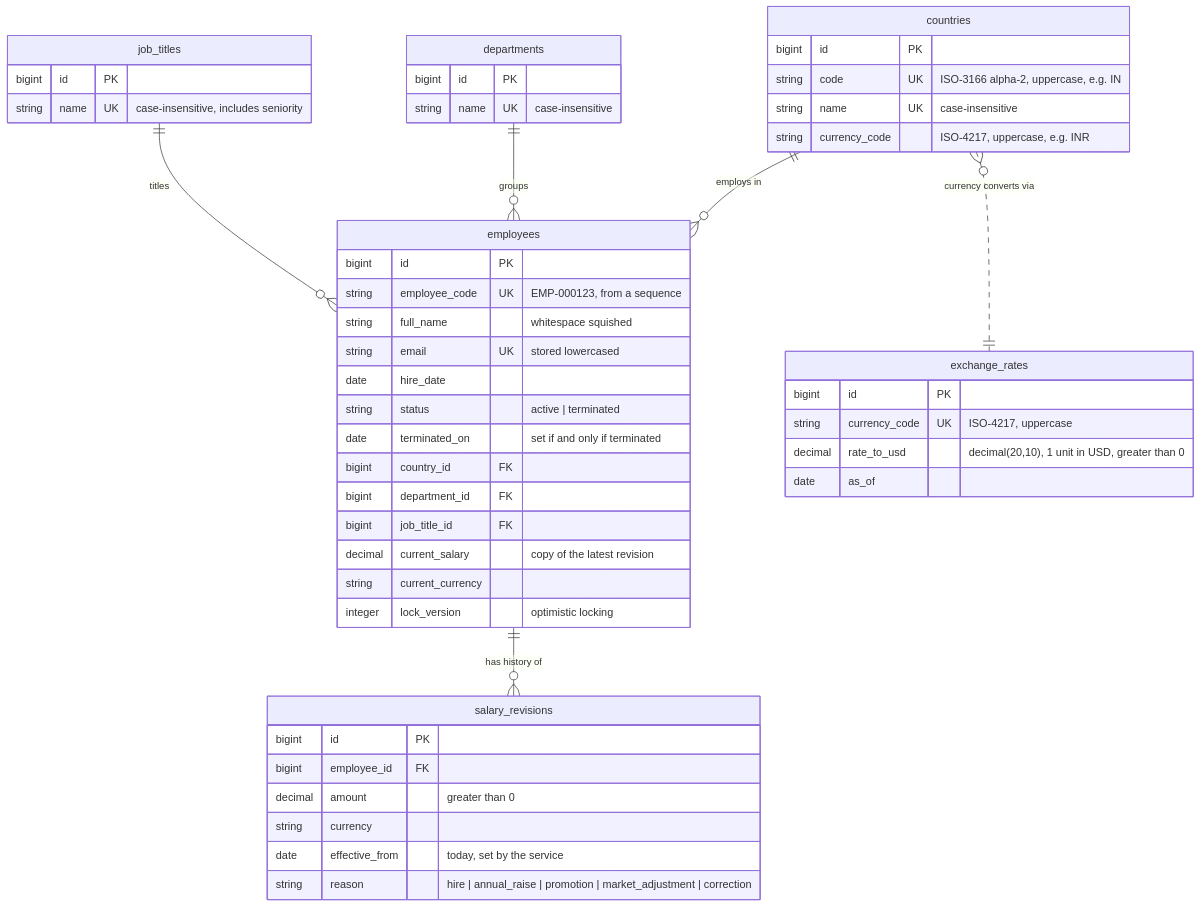
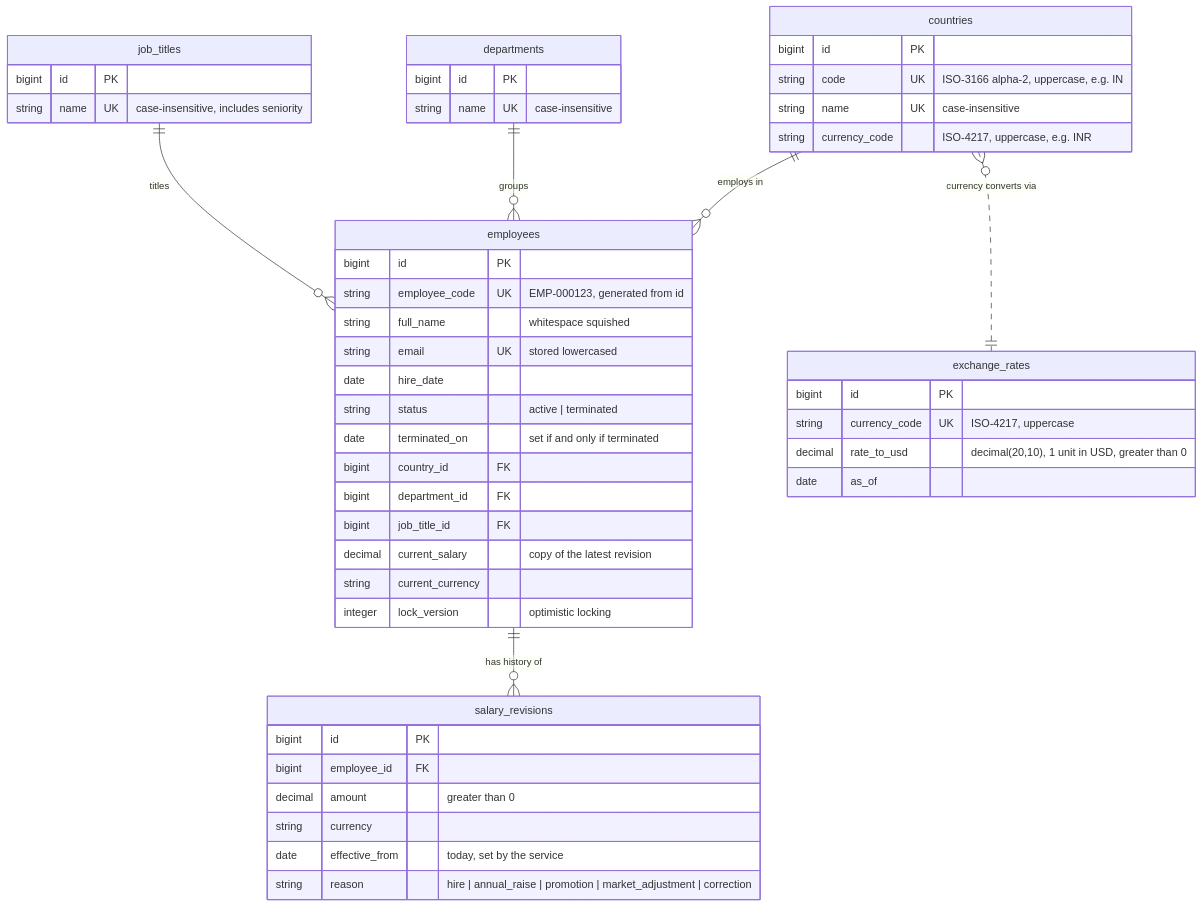
Before and after one commit to Kaustubh-githubs/Horizon: the first of 2 diagrams in docs/schema.md, drawn with Mermaid. The commit also changed other lines of this file and 7 other files, not shown here.

````diff
--- a/docs/schema.md
+++ b/docs/schema.md
@@ -9,52 +11,52 @@
 ```mermaid
 erDiagram
     countries ||--o{ employees : "employs in"
     departments ||--o{ employees : "groups"
     job_titles ||--o{ employees : "titles"
     employees ||--o{ salary_revisions : "has history of"
     countries }o..|| exchange_rates : "currency converts via"
 
     countries {
         bigint id PK
         string code UK "ISO-3166 alpha-2, uppercase, e.g. IN"
         string name UK "case-insensitive"
         string currency_code "ISO-4217, uppercase, e.g. INR"
     }
     exchange_rates {
         bigint id PK
         string currency_code UK "ISO-4217, uppercase"
         decimal rate_to_usd "decimal(20,10), 1 unit in USD, greater than 0"
         date as_of
     }
     departments {
         bigint id PK
         string name UK "case-insensitive"
     }
     job_titles {
         bigint id PK
         string name UK "case-insensitive, includes seniority"
     }
     employees {
         bigint id PK
-        string employee_code UK "EMP-000123, from a sequence"
+        string employee_code UK "EMP-000123, generated from id"
         string full_name "whitespace squished"
         string email UK "stored lowercased"
         date hire_date
         string status "active | terminated"
         date terminated_on "set if and only if terminated"
         bigint country_id FK
         bigint department_id FK
         bigint job_title_id FK
         decimal current_salary "copy of the latest revision"
         string current_currency
         integer lock_version "optimistic locking"
     }
     salary_revisions {
         bigint id PK
         bigint employee_id FK
         decimal amount "greater than 0"
         string currency
         date effective_from "today, set by the service"
         string reason "hire | annual_raise | promotion | market_adjustment | correction"
     }
 ```
````
